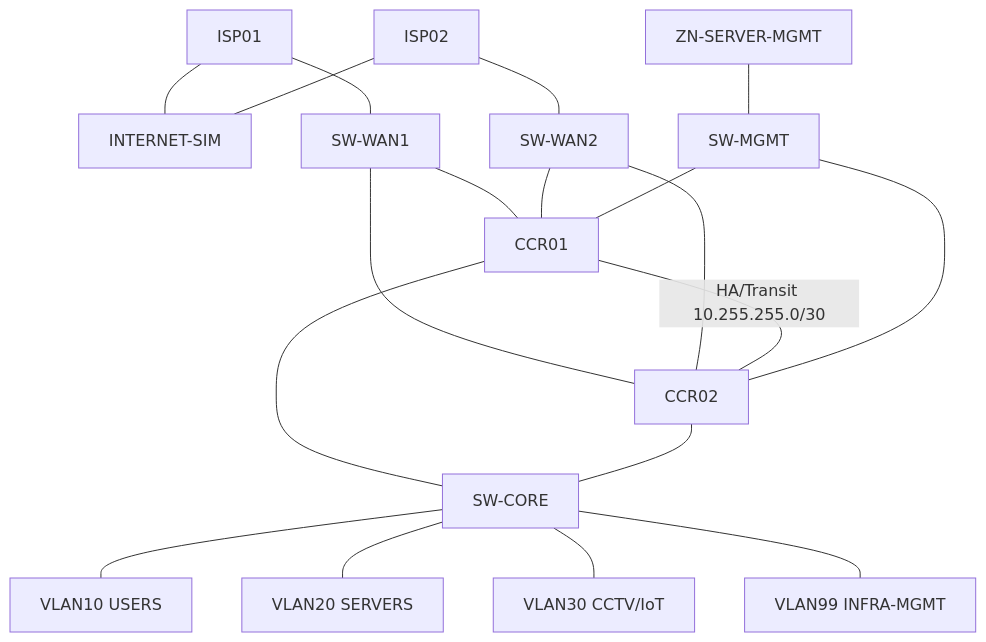
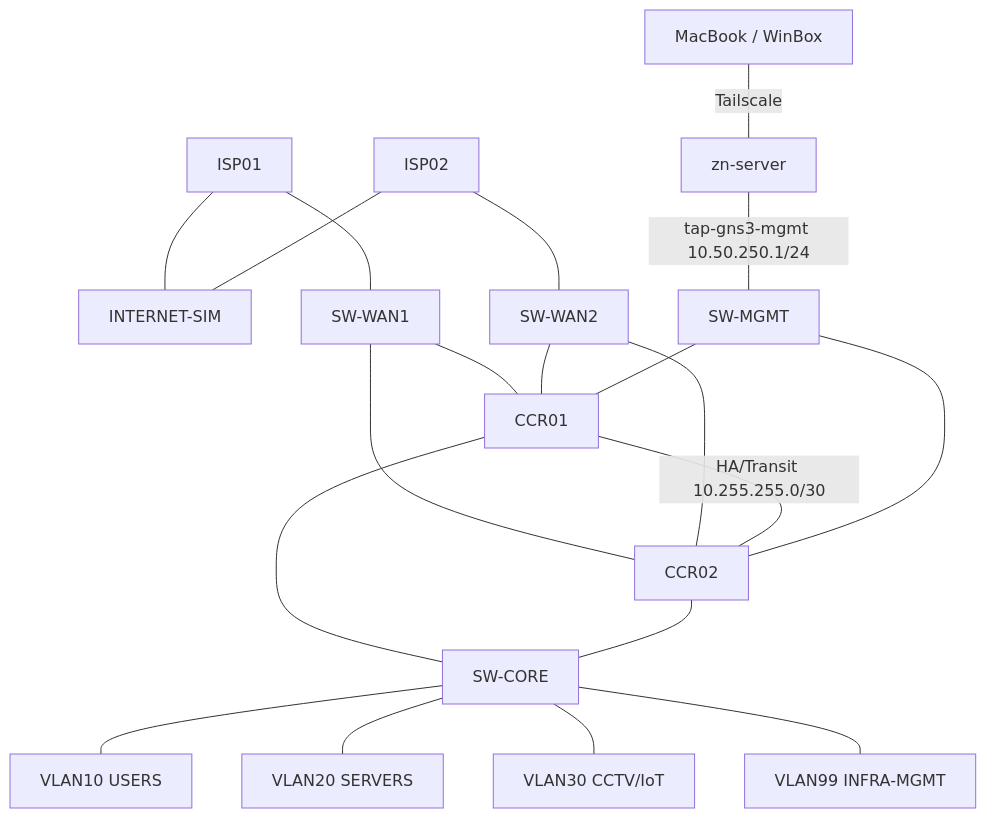
The diagram in docs/LAB-001-architecture.md (SebastianPintoSec/network-engineering-labs), drawn with Mermaid before and after one commit. The commit also changed other lines of this file, not shown here.

````diff
--- a/docs/LAB-001-architecture.md
+++ b/docs/LAB-001-architecture.md
@@ -5,22 +5,23 @@
 ```mermaid
 flowchart TB
  INET[INTERNET-SIM]
  ISP1[ISP01] --- INET
  ISP2[ISP02] --- INET
  ISP1 --- W1[SW-WAN1]
  ISP2 --- W2[SW-WAN2]
  W1 --- C1[CCR01]
  W1 --- C2[CCR02]
  W2 --- C1
  W2 --- C2
  C1 ---|HA/Transit 10.255.255.0/30| C2
  C1 --- CORE[SW-CORE]
  C2 --- CORE
- MG[ZN-SERVER-MGMT] --- SM[SW-MGMT]
+ MAC[MacBook / WinBox] ---|Tailscale| ZN[zn-server]
+ ZN ---|tap-gns3-mgmt 10.50.250.1/24| SM[SW-MGMT]
  SM --- C1
  SM --- C2
  CORE --- U[VLAN10 USERS]
  CORE --- S[VLAN20 SERVERS]
  CORE --- I[VLAN30 CCTV/IoT]
  CORE --- M[VLAN99 INFRA-MGMT]
 ```
````
